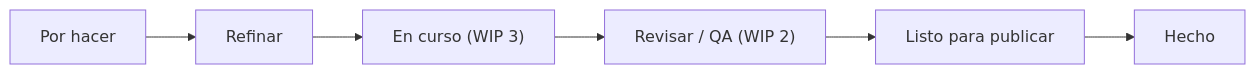
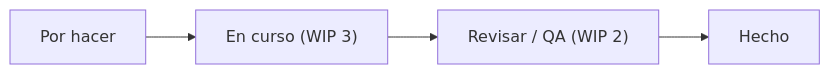
Before and after one commit to aitorventura/entornos-de-desarrollo: the fifth of 5 diagrams in docs/tema1/metodologias.md, drawn with Mermaid. The commit also changed other lines of this file and 3 other files, not shown here.

````diff
--- a/docs/tema1/metodologias.md
+++ b/docs/tema1/metodologias.md
@@ -305,8 +292,6 @@
 ```mermaid
 flowchart LR
-  T["Por hacer"] --> R["Refinar"]
-  R --> E["En curso (WIP 3)"]
+  T["Por hacer"] --> E["En curso (WIP 3)"]
   E --> Q["Revisar / QA (WIP 2)"]
-  Q --> L["Listo para publicar"]
-  L --> H["Hecho"]
+  Q --> H["Hecho"]
 ```
````
